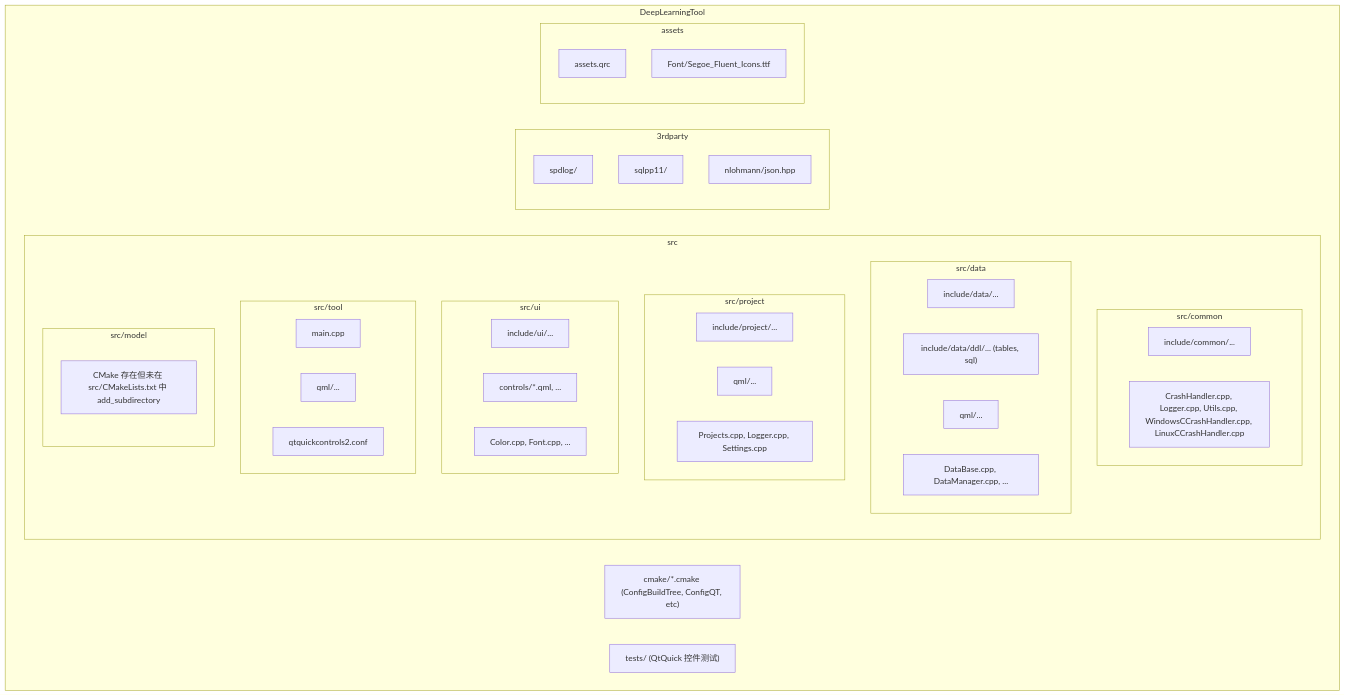
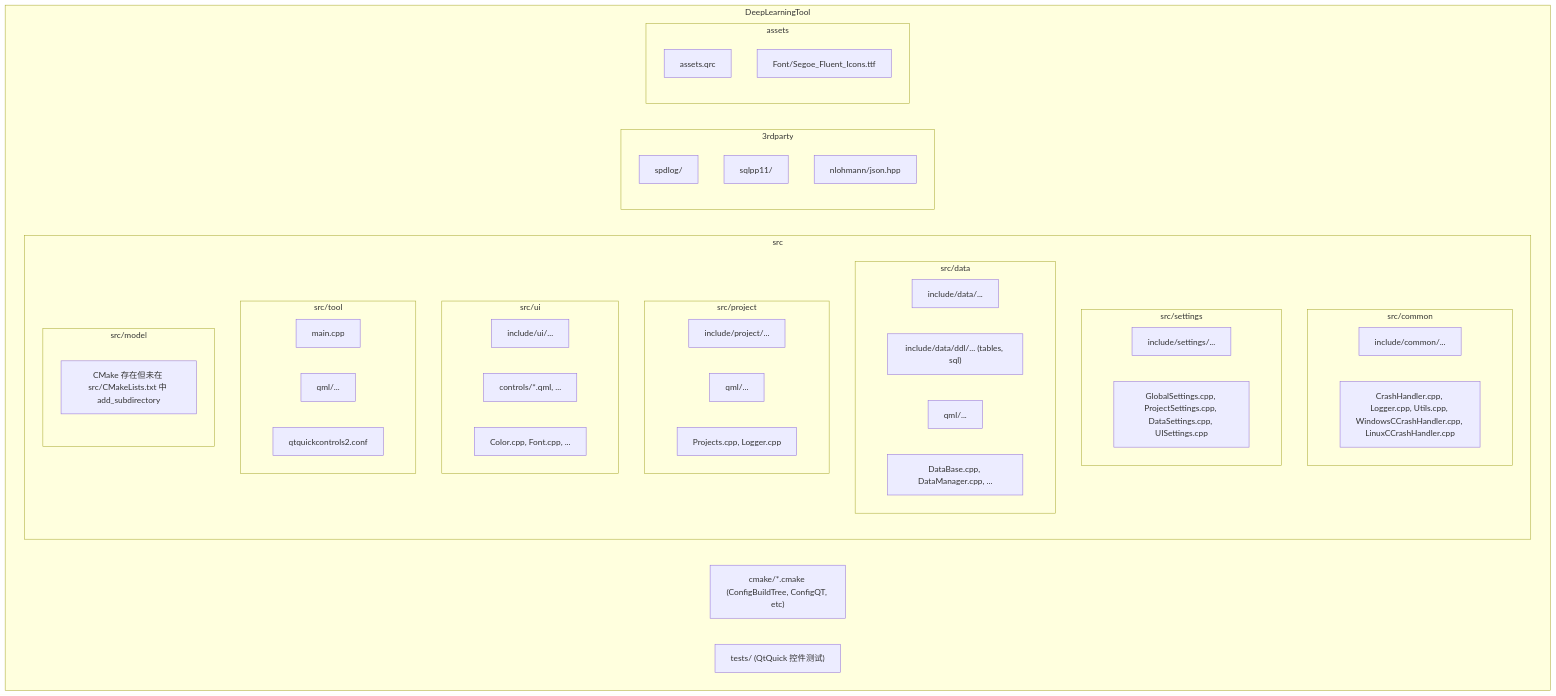
Before and after one commit to QWERDF007/DeepLearningTool: the second of 2 diagrams in docs/ARCHITECTURE.md, drawn with Mermaid. The commit also changed other lines of this file and 3 other files, not shown here.

````diff
--- a/docs/ARCHITECTURE.md
+++ b/docs/ARCHITECTURE.md
@@ -59,46 +68,50 @@
 ```mermaid
 flowchart TB
   subgraph root["DeepLearningTool"]
     subgraph src["src"]
       subgraph common["src/common"]
         common_inc["include/common/..."]
         common_sources["CrashHandler.cpp, Logger.cpp, Utils.cpp, WindowsCCrashHandler.cpp, LinuxCCrashHandler.cpp"]
+      end
+      subgraph settings["src/settings"]
+        settings_inc["include/settings/..."]
+        settings_sources["GlobalSettings.cpp, ProjectSettings.cpp, DataSettings.cpp, UISettings.cpp"]
       end
       subgraph data["src/data"]
         data_inc["include/data/..."]
         data_ddl["include/data/ddl/... (tables, sql)"]
         data_qml["qml/..."]
         data_sources["DataBase.cpp, DataManager.cpp, ..."]
       end
       subgraph project["src/project"]
         project_inc["include/project/..."]
         project_qml["qml/..."]
-        project_sources["Projects.cpp, Logger.cpp, Settings.cpp"]
+        project_sources["Projects.cpp, Logger.cpp"]
       end
       subgraph ui["src/ui"]
         ui_inc["include/ui/..."]
         ui_qml["controls/*.qml, ..."]
         ui_sources["Color.cpp, Font.cpp, ..."]
       end
       subgraph tool["src/tool"]
         tool_sources["main.cpp"]
         tool_qml["qml/..."]
         tool_conf["qtquickcontrols2.conf"]
       end
       subgraph model["src/model"]
         model_note["CMake 存在但未在 src/CMakeLists.txt 中 add_subdirectory"]
       end
     end
     subgraph third["3rdparty"]
       spdnode["spdlog/"]
       sqlppnode["sqlpp11/"]
       nlohmannnode["nlohmann/json.hpp"]
     end
     subgraph assets_dir["assets"]
       assets_qrc["assets.qrc"]
       assets_font["Font/Segoe_Fluent_Icons.ttf"]
     end
     cmake_dir["cmake/*.cmake (ConfigBuildTree, ConfigQT, etc)"]
     tests_dir["tests/ (QtQuick 控件测试)"]
   end
 ```
````
